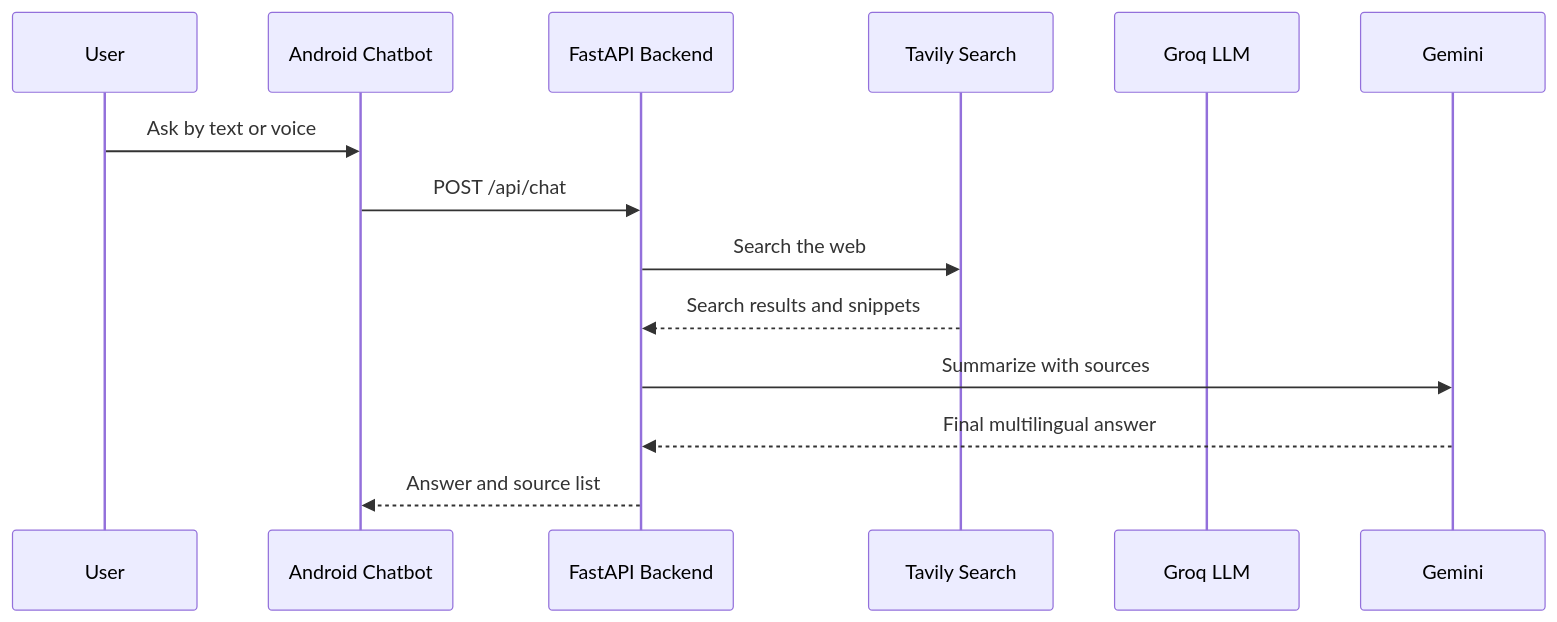
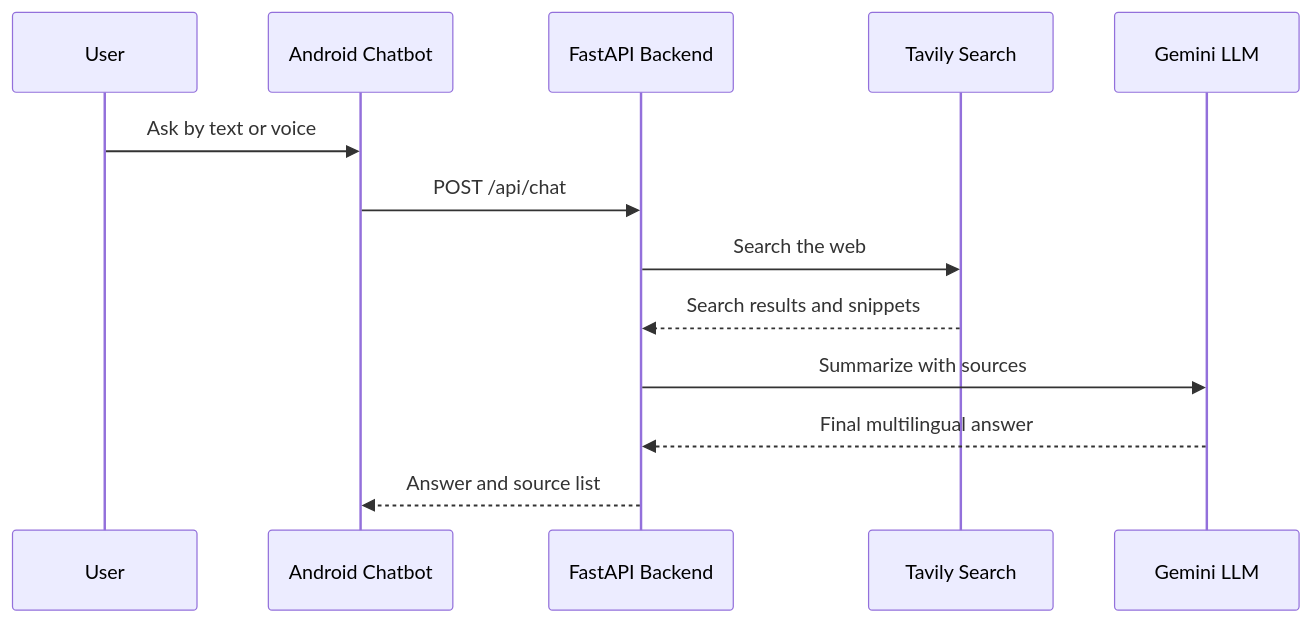
One commit to Hiteshacu/Digital_Trust_Shield-Team-HAHAHA...- changed the fourth of 4 diagrams in README.md. Above: the diagram before and after it, drawn with Mermaid. The commit also changed other lines of this file, not shown here.

````diff
--- a/README.md
+++ b/README.md
@@ -94,16 +94,16 @@
 ```mermaid
 sequenceDiagram
     participant User as User
     participant App as Android Chatbot
     participant API as FastAPI Backend
     participant Tavily as Tavily Search
-    participant Groq as Groq LLM
+    participant Gemini as Gemini LLM
 
     User->>App: Ask by text or voice
     App->>API: POST /api/chat
     API->>Tavily: Search the web
     Tavily-->>API: Search results and snippets
     API->>Gemini: Summarize with sources
     Gemini-->>API: Final multilingual answer
     API-->>App: Answer and source list
 ```
````
